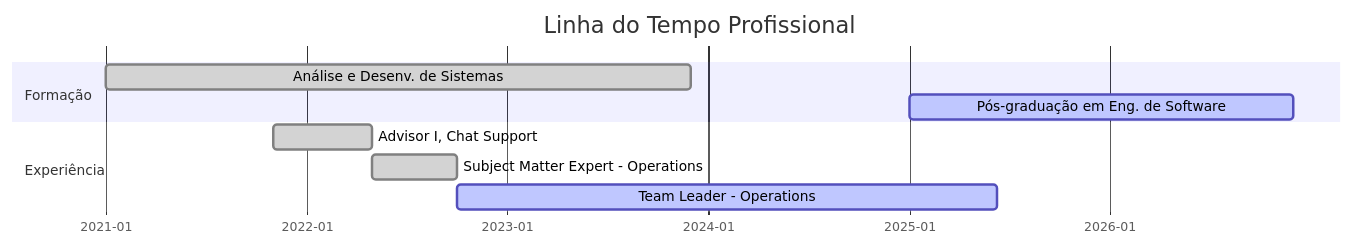
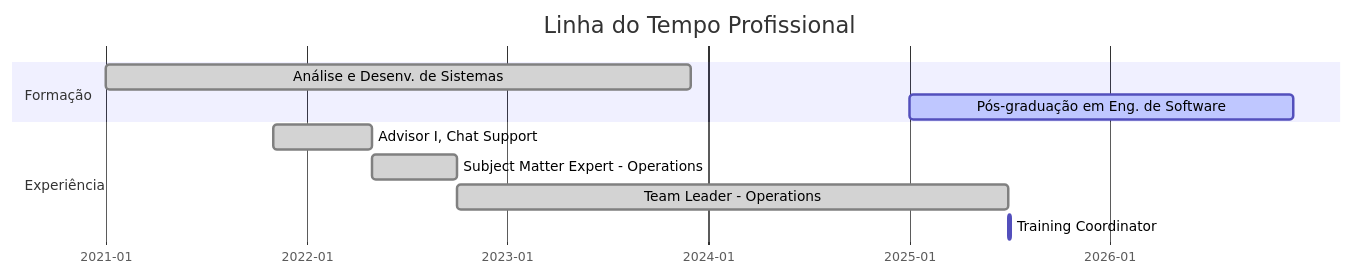
The diagram in README.md (boltreskh/boltreskh), drawn with Mermaid before and after one commit.

````diff
--- a/README.md
+++ b/README.md
@@ -56,15 +56,16 @@
 ```mermaid
 gantt
     title Linha do Tempo Profissional
     dateFormat  YYYY-MM-DD
     axisFormat  %Y-%m
 
     section Formação
     Análise e Desenv. de Sistemas :done, 2021-01-01, 2023-12-01
     Pós-graduação em Eng. de Software :active, 2025-01-01, 2026-12-01
 
     section Experiência
     Advisor I, Chat Support :done, 2021-11-01, 2022-05-01
     Subject Matter Expert - Operations :done, 2022-05-01, 2022-10-01
-    Team Leader - Operations :active, 2022-10-01, 2025-06-11
+    Team Leader - Operations :done, 2022-10-01, 2025-07-01
+    Training Coordinator :active, 2025-07-01, 2025-07-06
 ```
````
